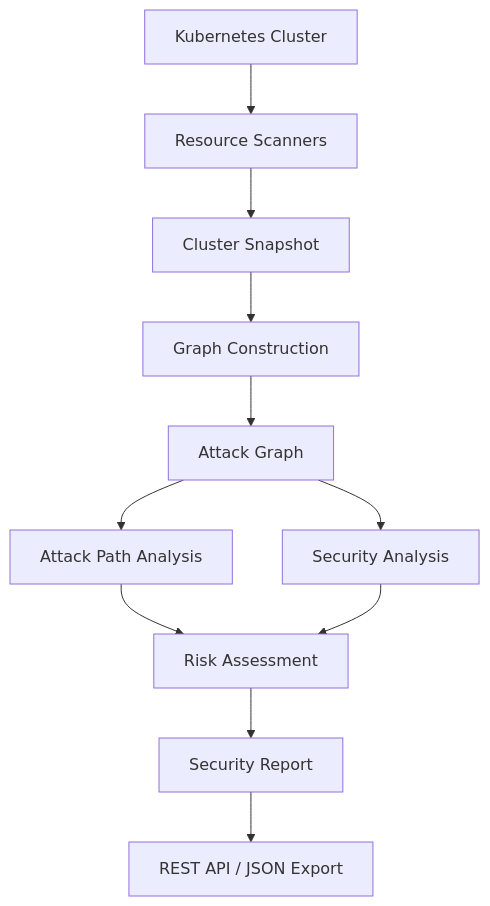
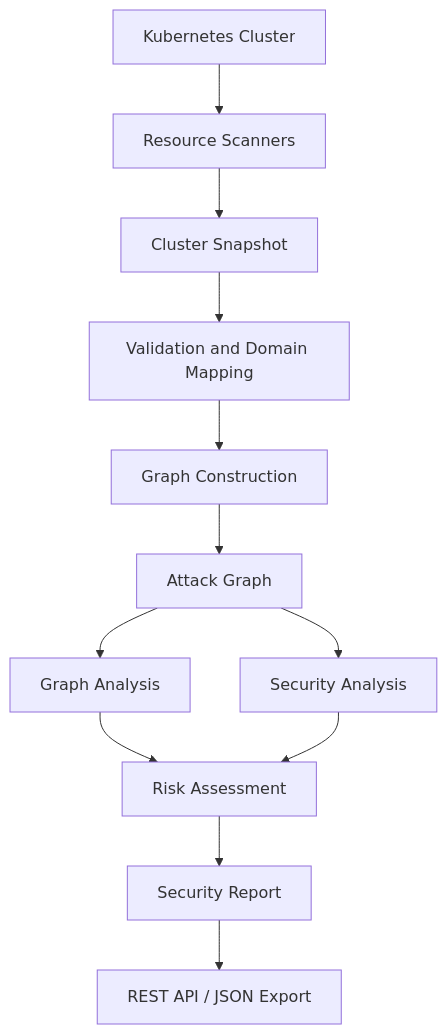
The diagram in README.md (kunal2006999/attack-path-visualizer), drawn with Mermaid before and after one commit. The commit also changed other lines of this file and 10 other files, not shown here.

````diff
--- a/README.md
+++ b/README.md
@@ -51,16 +64,14 @@
 ```mermaid
 flowchart TD
     A[Kubernetes Cluster] --> B[Resource Scanners]
     B --> C[Cluster Snapshot]
-    C --> D[Graph Construction]
-    D --> E[Attack Graph]
-
-    E --> F[Attack Path Analysis]
-    E --> G[Security Analysis]
-
-    F --> H[Risk Assessment]
-    G --> H
-
-    H --> I[Security Report]
-    I --> J[REST API / JSON Export]
+    C --> D[Validation and Domain Mapping]
+    D --> E[Graph Construction]
+    E --> F[Attack Graph]
+    F --> G[Graph Analysis]
+    F --> H[Security Analysis]
+    G --> I[Risk Assessment]
+    H --> I
+    I --> J[Security Report]
+    J --> K[REST API / JSON Export]
 ```
````
